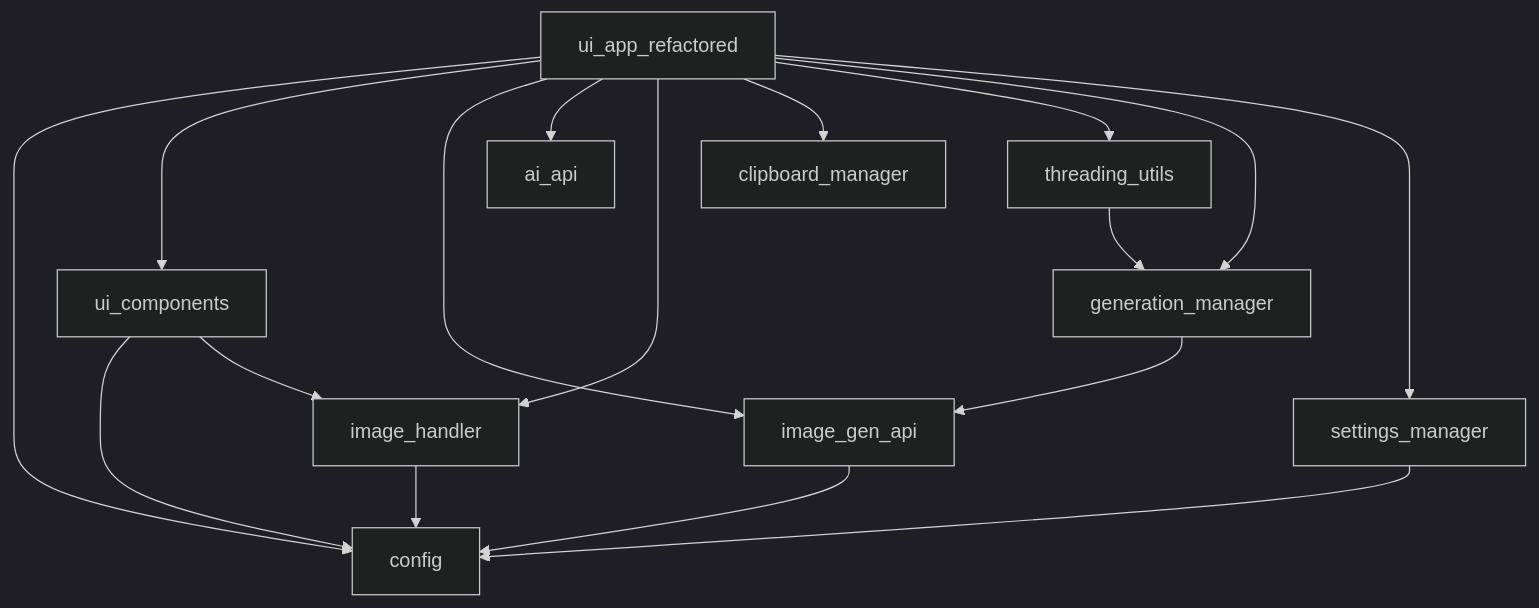
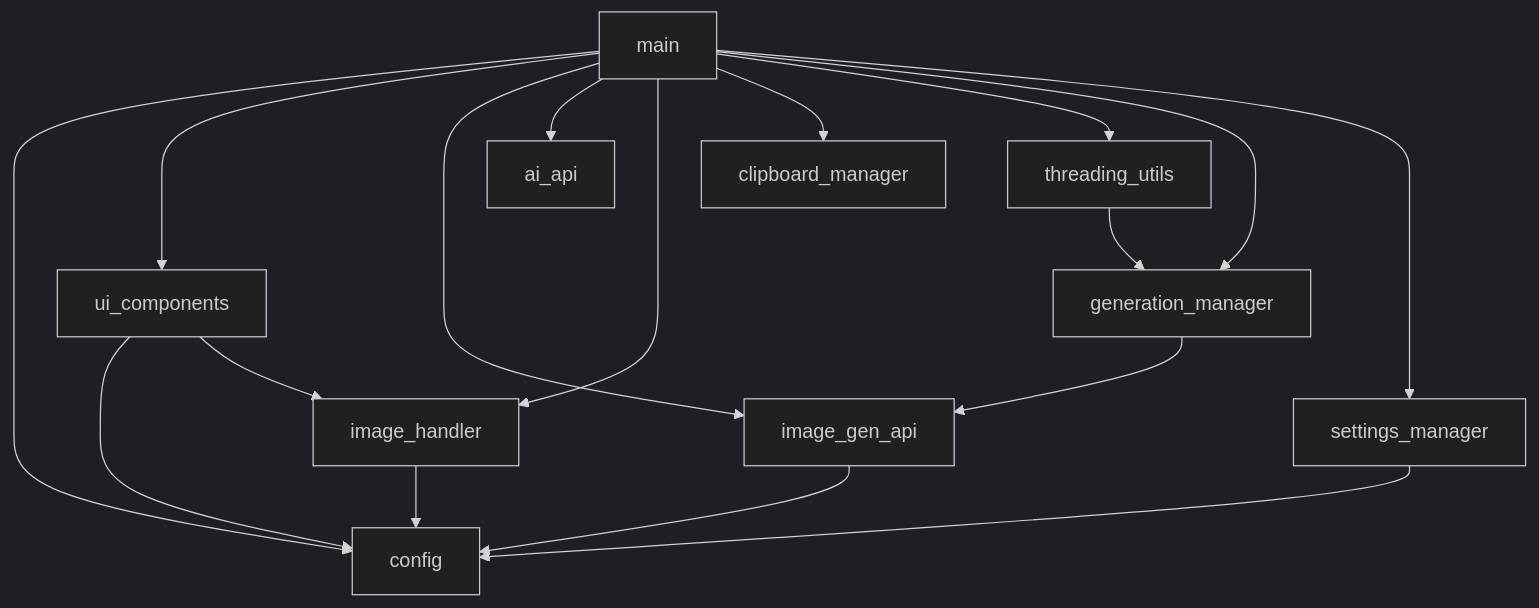
Before and after one commit to vbandi/ai-image-workbench: the third of 6 diagrams in architecture_diagram.md, drawn with Mermaid (dark theme). The commit also changed other lines of this file and 21 other files, not shown here.

````diff
--- a/architecture_diagram.md
+++ b/architecture_diagram.md
@@ -124,25 +124,25 @@
 ```mermaid
 graph TD
-    ui_app_refactored --> config
-    ui_app_refactored --> ui_components
-    ui_app_refactored --> image_gen_api
-    ui_app_refactored --> ai_api
-    ui_app_refactored --> image_handler
-    ui_app_refactored --> clipboard_manager
-    ui_app_refactored --> threading_utils
-    ui_app_refactored --> generation_manager
-    ui_app_refactored --> settings_manager
+    main --> config
+    main --> ui_components
+    main --> image_gen_api
+    main --> ai_api
+    main --> image_handler
+    main --> clipboard_manager
+    main --> threading_utils
+    main --> generation_manager
+    main --> settings_manager
     
     ui_components --> config
     ui_components --> image_handler
     
     image_gen_api --> config
     
     generation_manager --> image_gen_api
     
     image_handler --> config
     
     threading_utils --> generation_manager
     
     settings_manager --> config
 ```
````
